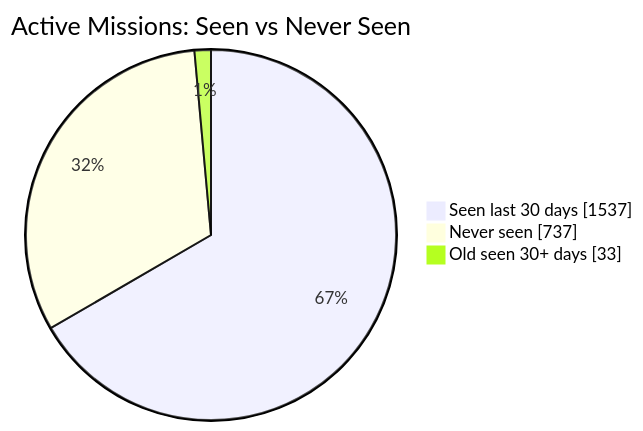
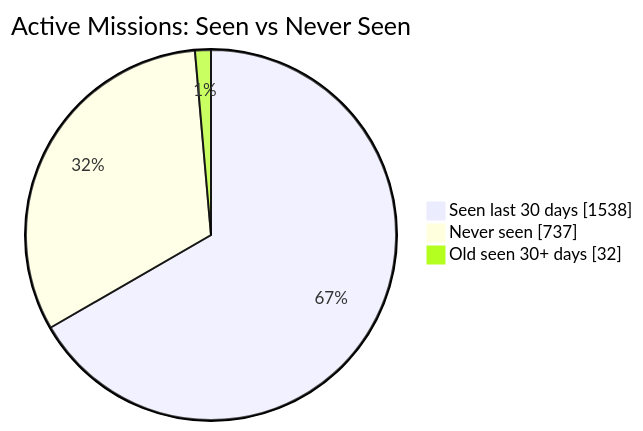
The first of 2 diagrams in README.md (MeldkamerspelGameTeam/active-missions), drawn with Mermaid before and after one commit. The commit also changed other lines of this file and 3 other files, not shown here.

````diff
--- a/README.md
+++ b/README.md
@@ -34,7 +34,7 @@
 ```mermaid
 pie showData
     title Active Missions: Seen vs Never Seen
-    "Seen last 30 days" : 1537
+    "Seen last 30 days" : 1538
     "Never seen" : 737
-    "Old seen 30+ days" : 33
+    "Old seen 30+ days" : 32
 ```
````
